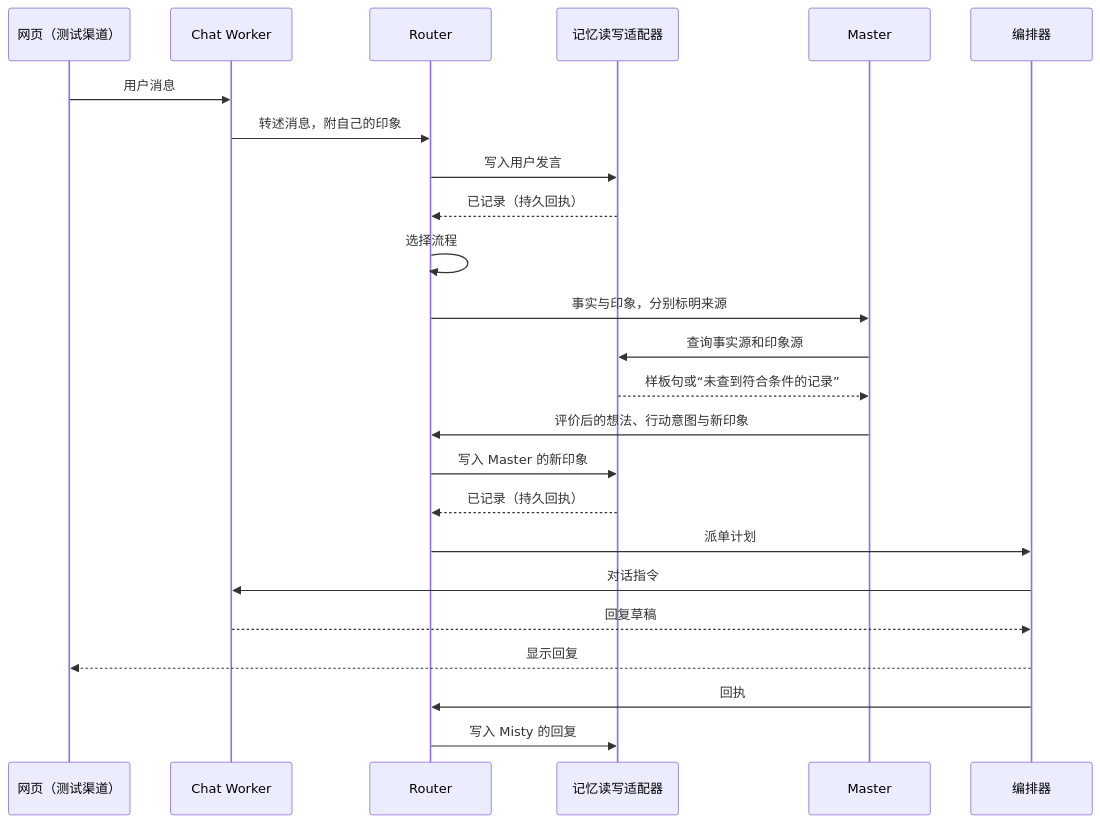
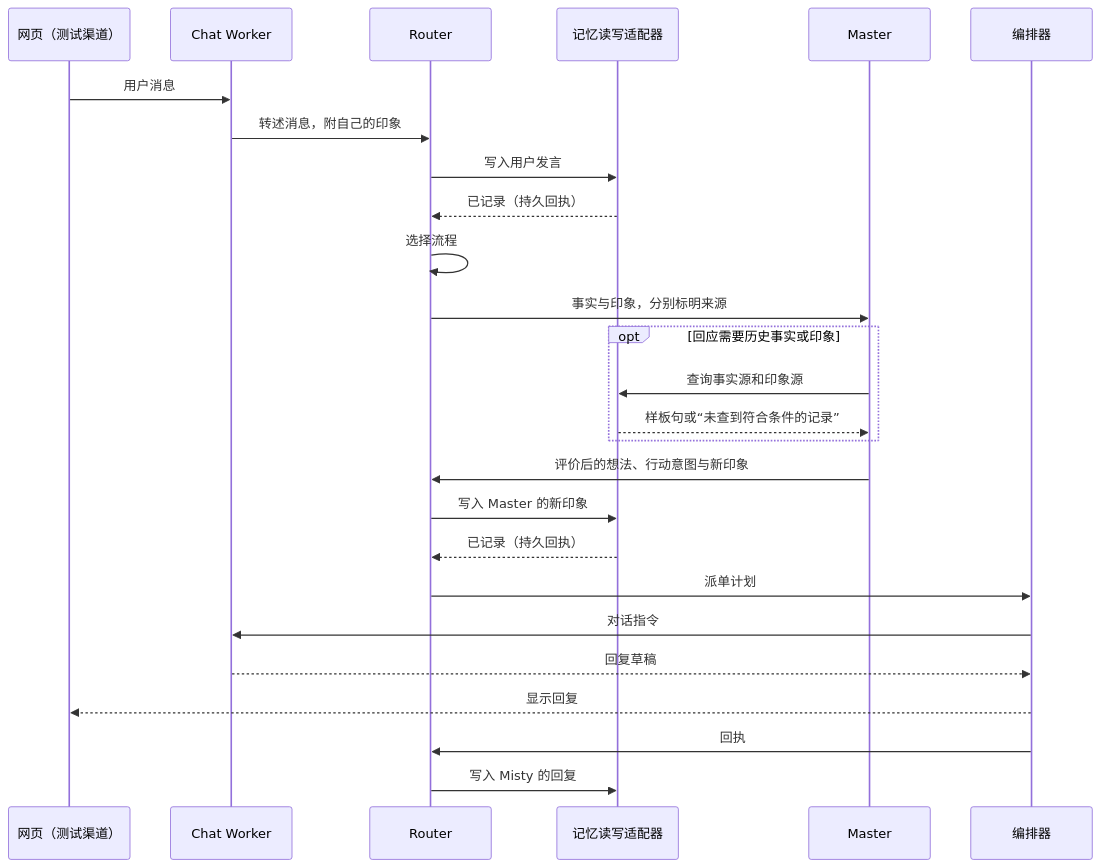
One commit to QiuYuAkiGO/neuralcloud-harness changed the diagram in docs/proposals/console-free-chat-pipeline-20261121.md. Above: the diagram before and after it, drawn with Mermaid. The commit also changed other lines of this file and 11 other files, not shown here.

````diff
--- a/docs/proposals/console-free-chat-pipeline-20261121.md
+++ b/docs/proposals/console-free-chat-pipeline-20261121.md
@@ -22,26 +22,28 @@
 ```mermaid
 sequenceDiagram
     participant U as 网页（测试渠道）
     participant C as Chat Worker
     participant R as Router
     participant K as 记忆读写适配器
     participant M as Master
     participant O as 编排器
     U->>C: 用户消息
     C->>R: 转述消息，附自己的印象
     R->>K: 写入用户发言
     K-->>R: 已记录（持久回执）
     R->>R: 选择流程
     R->>M: 事实与印象，分别标明来源
-    M->>K: 查询事实源和印象源
-    K-->>M: 样板句或“未查到符合条件的记录”
+    opt 回应需要历史事实或印象
+        M->>K: 查询事实源和印象源
+        K-->>M: 样板句或“未查到符合条件的记录”
+    end
     M->>R: 评价后的想法、行动意图与新印象
     R->>K: 写入 Master 的新印象
     K-->>R: 已记录（持久回执）
     R->>O: 派单计划
     O->>C: 对话指令
     C-->>O: 回复草稿
     O-->>U: 显示回复
     O->>R: 回执
     R->>K: 写入 Misty 的回复
 ```
````
